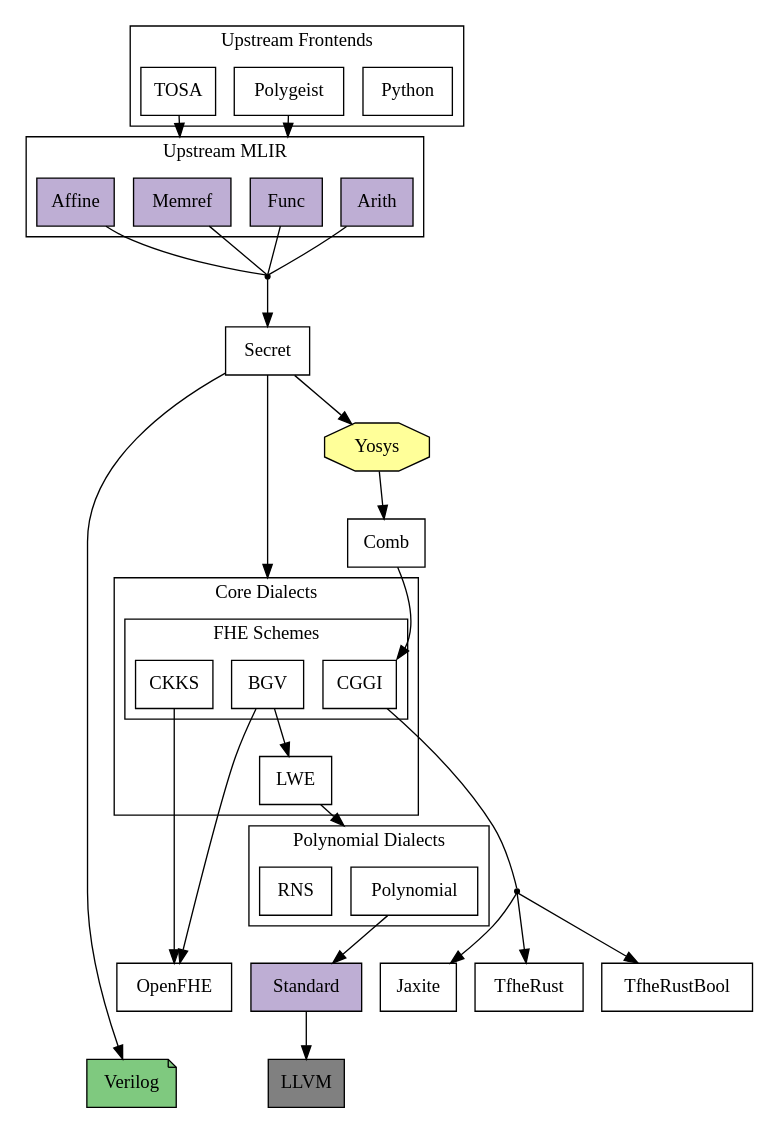
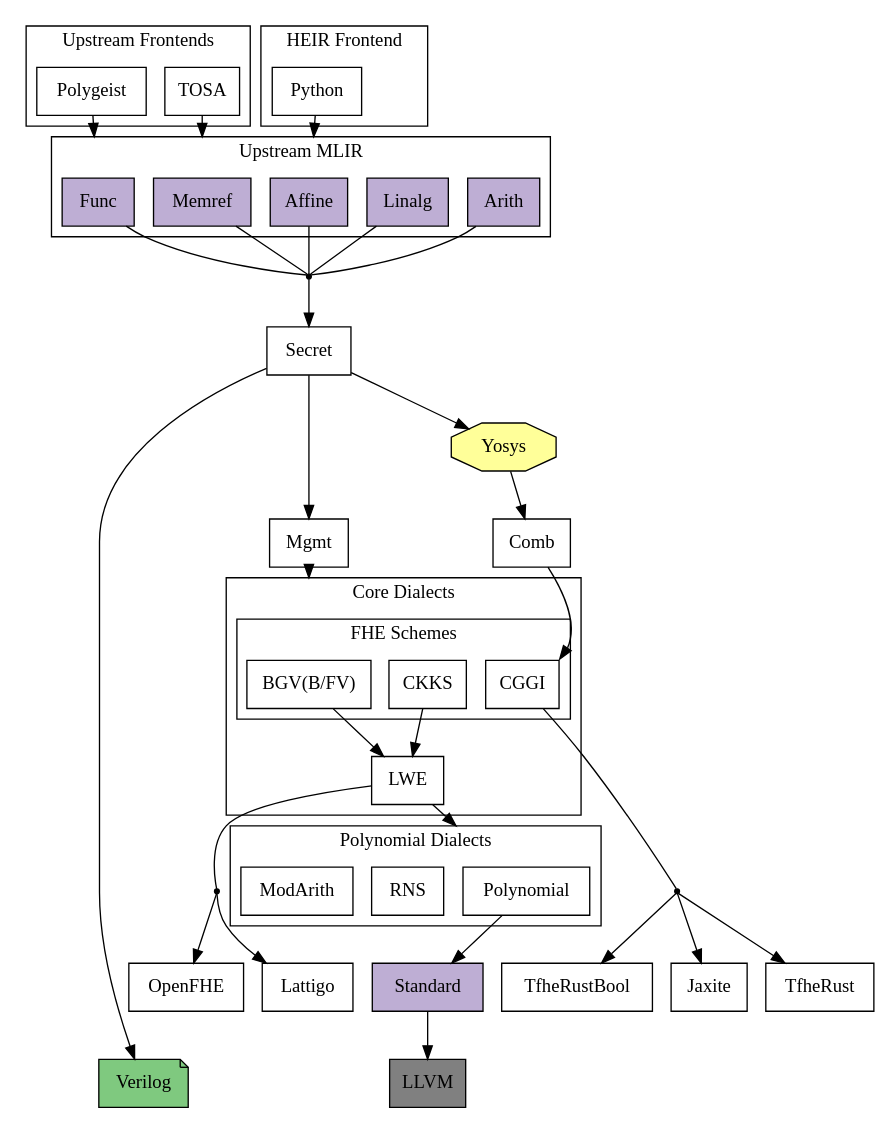
One commit to Fraunhofer-AISEC/heir changed the diagram in dialects.dot. Above: the diagram before and after it, drawn with Graphviz. The commit also changed 45 other files, not shown here.

```diff
--- a/dialects.dot
+++ b/dialects.dot
@@ -1,102 +1,114 @@
 digraph G {
     // Note: Remember to run `dot -Tsvg dialects.dot > images/dialects.svg` after
     // modifying this file to regenerate the .svg render of the graph.
     rankdir = TB // Top to bottom graph layout
     splines = spline // Curved edges
     node [shape=box, style=filled fillcolor="white"]
     nodesep=0.2 // horizontal compression
     ranksep=0.5 // vertical compression
     compound=true
 
     subgraph cluster_inputs {
         label = "Upstream Frontends"
-        Python
         Polygeist
         TOSA
+    }
+
+    subgraph cluster_heir_inputs {
+        label = "HEIR Frontend"
+        Python
     }
 
     // MLIR dialects
     subgraph cluster_mlir {
         label = "Upstream MLIR"
         node [fillcolor="#beaed4"]
         Arith
+        Linalg
         Affine
         Func
         Memref
     }
 
     lower_from_mlir [shape=point label="" fillcolor=black]
-    {Arith Affine Func Memref} -> lower_from_mlir [arrowhead=none]
+    {Arith Linalg Affine Func Memref} -> lower_from_mlir [arrowhead=none]
 
     TOSA -> Memref [lhead=cluster_mlir]
     Polygeist -> Func [lhead=cluster_mlir]
+    Python -> Affine [lhead=cluster_mlir]
 
     // External tools
     subgraph external_tools {
       node [shape=octagon fillcolor="#ffff99"]
       Yosys
     }
 
     Secret [URL="https://heir.dev/docs/dialects/secret/"]
     Comb [URL="https://heir.dev/docs/dialects/comb/"]
 
     lower_from_mlir -> Secret
     Secret -> Yosys -> Comb
 
     Verilog [ fillcolor="#7fc97f" shape="note"]
     Secret -> Verilog
 
+    Mgmt [URL="https://heir.dev/docs/dialects/mgmt/"]
+    Secret -> Mgmt
 
     subgraph cluster_fhe {
         label = "Core Dialects"
         LWE [URL="https://heir.dev/docs/dialects/lwe/"]
         subgraph cluster_fhe_schemes {
             label = "FHE Schemes"
-            BGV [URL="https://heir.dev/docs/dialects/bgv/"]
+            BGV [ label="BGV(B/FV)"  URL="https://heir.dev/docs/dialects/bgv/" ]
             CKKS [URL="https://heir.dev/docs/dialects/ckks/"]
             CGGI [URL="https://heir.dev/docs/dialects/cggi/"]
         }
     }
 
-    Secret -> BGV [lhead=cluster_fhe]
+    Mgmt -> BGV [lhead=cluster_fhe]
     Comb -> CGGI:ne // change e to use the right port of the destination node
 
 
 
     subgraph cluster_poly {
         label="Polynomial Dialects"
         Polynomial [URL="https://heir.dev/docs/dialects/polynomial/"]
         RNS [URL="https://heir.dev/docs/dialects/rns/"]
+        ModArith [URL="https://heir.dev/docs/dialects/modarith/"]
     }
 
+    Lattigo  [URL="https://heir.dev/docs/dialects/lattigo/"]
     OpenFHE  [URL="https://heir.dev/docs/dialects/openfhe/"]
     Standard [fillcolor="#beaed4"]  //Tensor, Linalg, Affine etc.
     Jaxite [URL="https://heir.dev/docs/dialects/jaxite/"]
     TfheRust [URL="https://heir.dev/docs/dialects/tfherust/"]
     TfheRustBool [URL="https://heir.dev/docs/dialects/tfherustbool/"]
 
     LLVM [fillcolor="gray"]
 
-    BGV ->  OpenFHE
-    CKKS ->  OpenFHE
     BGV -> LWE
+    CKKS -> LWE
+    lower_from_lwe [shape=point label="" fillcolor=black]
+    LWE -> lower_from_lwe [arrowhead=none]
+    lower_from_lwe ->  {OpenFHE Lattigo}
     LWE -> Polynomial [lhead=cluster_poly]
     lower_from_cggi [shape=point label="" fillcolor=black]
     CGGI -> lower_from_cggi [arrowhead=none]
     lower_from_cggi -> {Jaxite TfheRust TfheRustBool}
 
     Polynomial -> Standard
     Standard -> LLVM
 
 
     // Invisible edges for layout adjustments
     edge [style=invis]
     //This is a real edge but invisible now for simplicity
     Arith -> Yosys
     // Keep RNS below FHE Schemes
     LWE -> RNS
     // Keep Poly above Targets
-    Polynomial -> {OpenFHE TfheRust TfheRustBool Jaxite}
+    Polynomial -> {Lattigo OpenFHE TfheRust TfheRustBool Jaxite}
     // Keep Verilog below Targets: LeftmostTarget -> Verilog
     OpenFHE -> Verilog
 }
```
